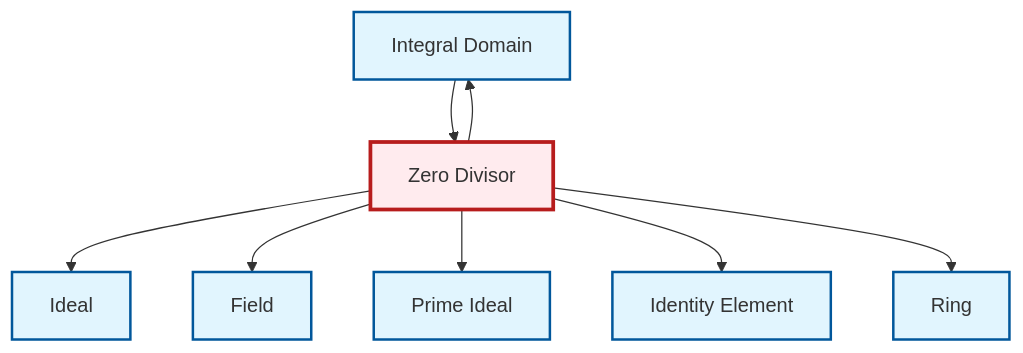
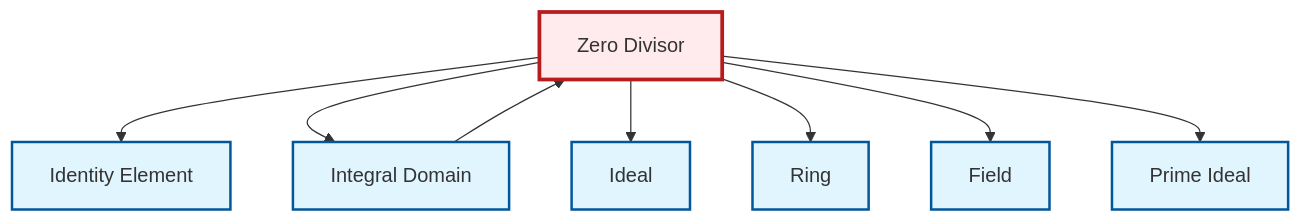
One commit to RK0429/ModernMath changed the diagram in output/mermaid/en/def-zero-divisor.mermaid. Above: the diagram before and after it, drawn with Mermaid. The commit also changed other lines of this file and 3104 other files, not shown here.

```diff
--- a/output/mermaid/en/def-zero-divisor.mermaid
+++ b/output/mermaid/en/def-zero-divisor.mermaid
@@ -1,21 +1,21 @@
 graph TD
     classDef definition fill:#e1f5fe,stroke:#01579b,stroke-width:2px
     classDef theorem fill:#f3e5f5,stroke:#4a148c,stroke-width:2px
     classDef axiom fill:#fff3e0,stroke:#e65100,stroke-width:2px
     classDef example fill:#e8f5e9,stroke:#1b5e20,stroke-width:2px
     classDef current fill:#ffebee,stroke:#b71c1c,stroke-width:3px
+    def-prime-ideal["Prime Ideal"]:::definition
+    def-identity-element["Identity Element"]:::definition
+    def-field["Field"]:::definition
+    def-zero-divisor["Zero Divisor"]:::definition
+    def-ring["Ring"]:::definition
+    def-ideal["Ideal"]:::definition
     def-integral-domain["Integral Domain"]:::definition
-    def-field["Field"]:::definition
-    def-prime-ideal["Prime Ideal"]:::definition
-    def-ideal["Ideal"]:::definition
-    def-ring["Ring"]:::definition
-    def-zero-divisor["Zero Divisor"]:::definition
-    def-identity-element["Identity Element"]:::definition
+    def-zero-divisor --> def-identity-element
+    def-integral-domain --> def-zero-divisor
+    def-zero-divisor --> def-integral-domain
     def-zero-divisor --> def-ideal
+    def-zero-divisor --> def-ring
     def-zero-divisor --> def-field
     def-zero-divisor --> def-prime-ideal
-    def-zero-divisor --> def-identity-element
-    def-zero-divisor --> def-integral-domain
-    def-zero-divisor --> def-ring
-    def-integral-domain --> def-zero-divisor
     class def-zero-divisor current
```
